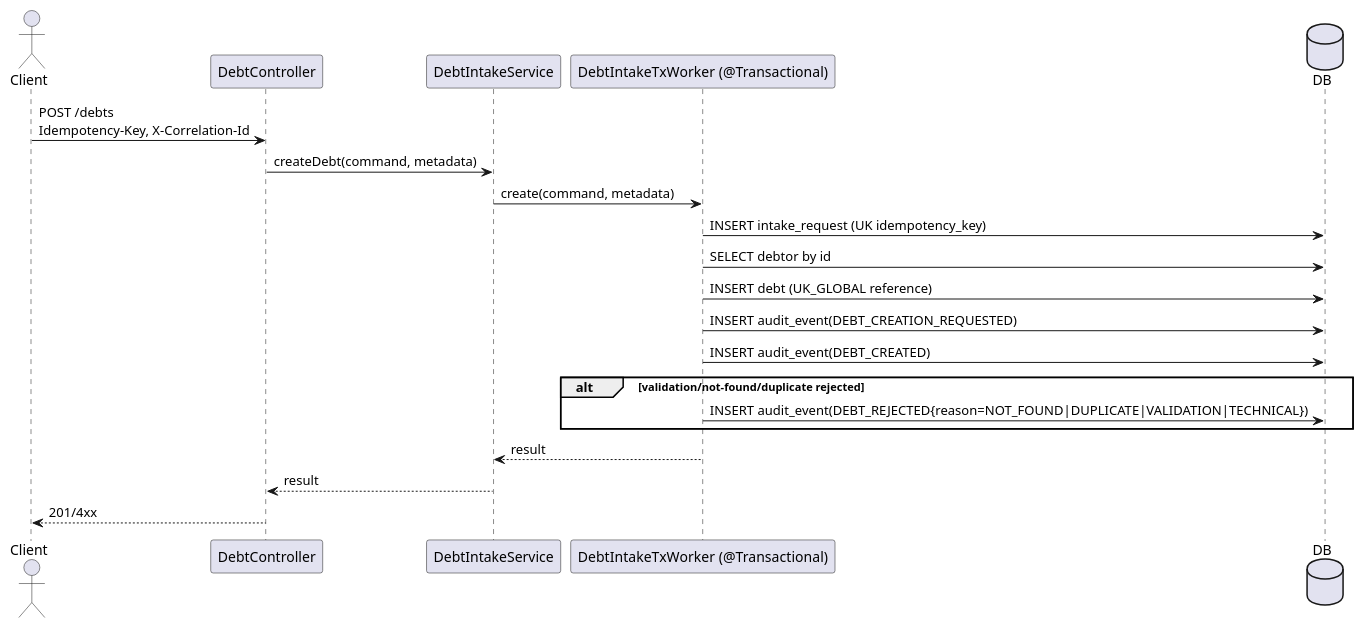
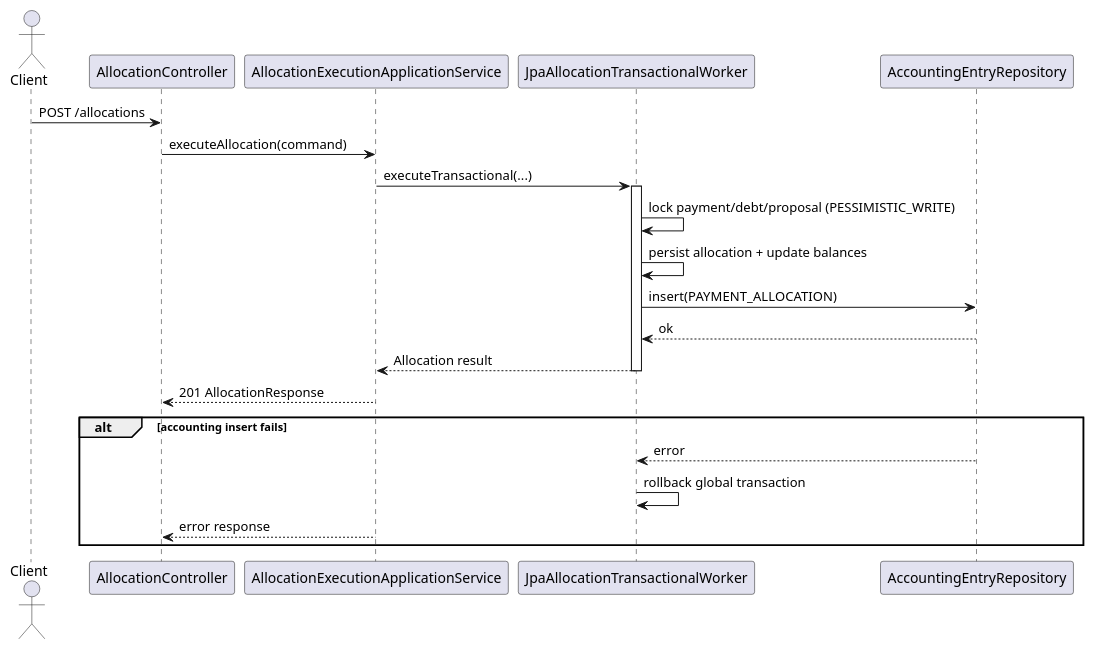
One commit to jfmauro/allocation-better changed the fourth of 4 diagrams in .opencode/plans/extension-plan.md. Above: the diagram before and after it, drawn with PlantUML. The commit also changed other lines of this file and 39 other files, not shown here.

````diff
--- a/.opencode/plans/extension-plan.md
+++ b/.opencode/plans/extension-plan.md
@@ -186,24 +240,27 @@
 ```plantuml
 @startuml
 actor Client
-participant DebtController
-participant DebtIntakeService
-participant DebtIntakeTxWorker as "DebtIntakeTxWorker (@Transactional)"
-database DB
+participant "AllocationController" as C
+participant "AllocationExecutionApplicationService" as A
+participant "JpaAllocationTransactionalWorker" as W
+participant "AccountingEntryRepository" as R
 
-Client -> DebtController: POST /debts\nIdempotency-Key, X-Correlation-Id
-DebtController -> DebtIntakeService: createDebt(command, metadata)
-DebtIntakeService -> DebtIntakeTxWorker: create(command, metadata)
-DebtIntakeTxWorker -> DB: INSERT intake_request (UK idempotency_key)
-DebtIntakeTxWorker -> DB: SELECT debtor by id
-DebtIntakeTxWorker -> DB: INSERT debt (UK_GLOBAL reference)
-DebtIntakeTxWorker -> DB: INSERT audit_event(DEBT_CREATION_REQUESTED)
-DebtIntakeTxWorker -> DB: INSERT audit_event(DEBT_CREATED)
-alt validation/not-found/duplicate rejected
-  DebtIntakeTxWorker -> DB: INSERT audit_event(DEBT_REJECTED{reason=NOT_FOUND|DUPLICATE|VALIDATION|TECHNICAL})
+Client -> C: POST /allocations
+C -> A: executeAllocation(command)
+A -> W: executeTransactional(...)
+activate W
+W -> W: lock payment/debt/proposal (PESSIMISTIC_WRITE)
+W -> W: persist allocation + update balances
+W -> R: insert(PAYMENT_ALLOCATION)
+R --> W: ok
+W --> A: Allocation result
+deactivate W
+A --> C: 201 AllocationResponse
+
+alt accounting insert fails
+  R --> W: error
+  W -> W: rollback global transaction
+  A --> C: error response
 end
-DebtIntakeTxWorker --> DebtIntakeService: result
-DebtIntakeService --> DebtController: result
-DebtController --> Client: 201/4xx
 @enduml
 ```
````
